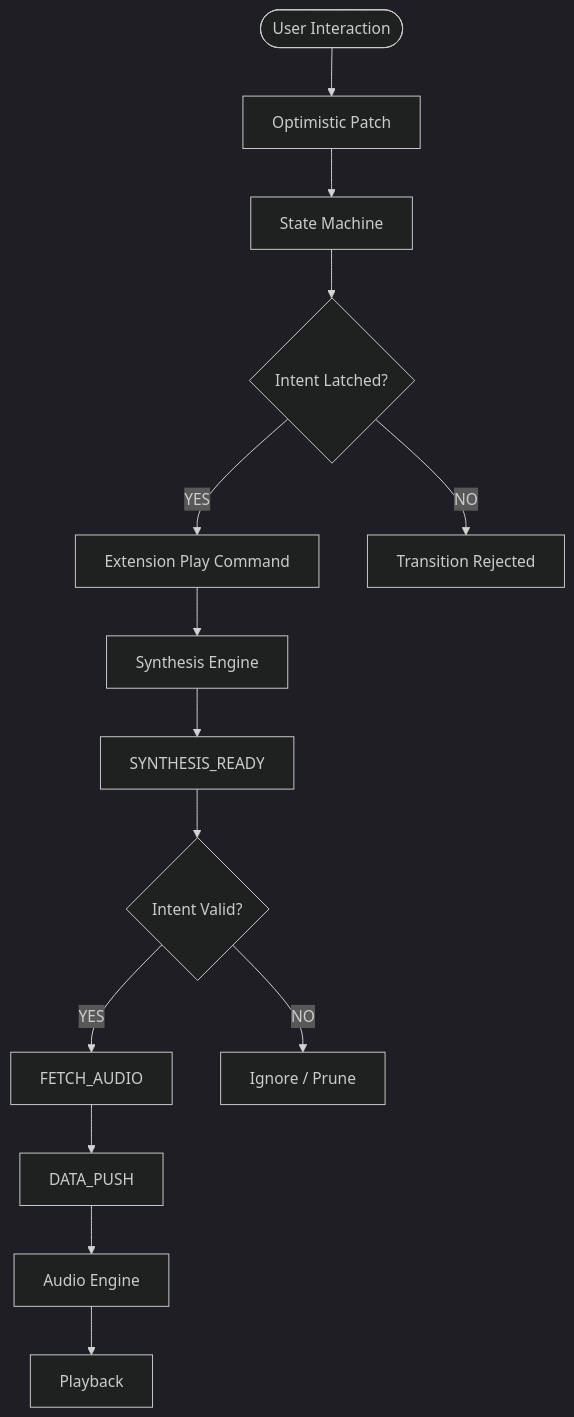
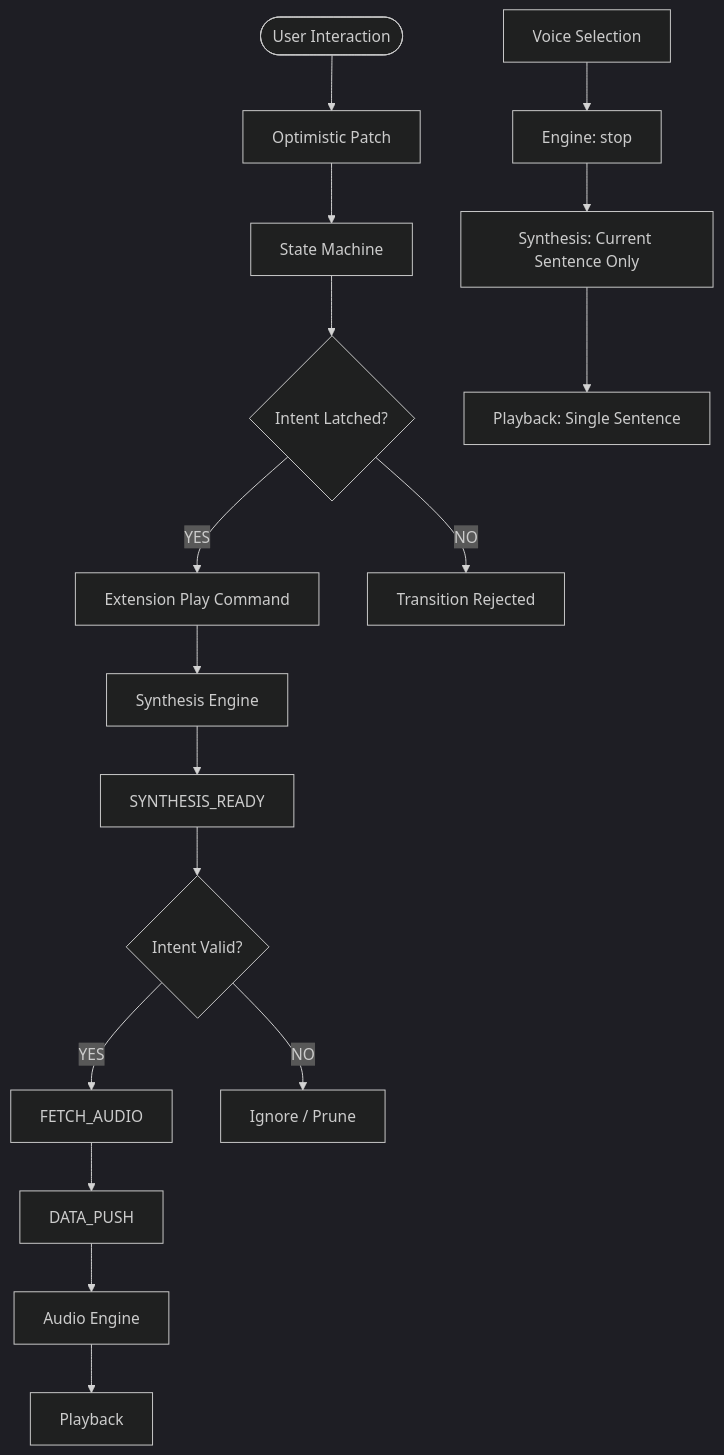
One commit to IdanDavidAviv/virgo changed the first of 2 diagrams in .agent/skills/autoplay_orchestration/SKILL.md. Above: the diagram before and after it, drawn with Mermaid (dark theme). The commit also changed other lines of this file and 3 other files, not shown here.

````diff
--- a/.agent/skills/autoplay_orchestration/SKILL.md
+++ b/.agent/skills/autoplay_orchestration/SKILL.md
@@ -23,19 +32,23 @@
 ```mermaid
 graph TD
     User([User Interaction]) --> OP[Optimistic Patch]
     OP --> SM[State Machine]
     SM --> Intent{Intent Latched?}
     Intent -- YES --> Ext[Extension Play Command]
     Intent -- NO --> Error[Transition Rejected]
+    
+    UserV[Voice Selection] --> Stop[Engine: stop]
+    Stop --> Sample[Synthesis: Current Sentence Only]
+    Sample --> PB_Sample[Playback: Single Sentence]
     
     Ext --> Synth[Synthesis Engine]
     Synth --> Notify[SYNTHESIS_READY]
     
     Notify --> Poll{Intent Valid?}
     Poll -- YES --> Pull[FETCH_AUDIO]
     Poll -- NO --> Ignore[Ignore / Prune]
     
     Pull --> Push[DATA_PUSH]
     Push --> Engine[Audio Engine]
     Engine --> PB[Playback]
 ```
````
